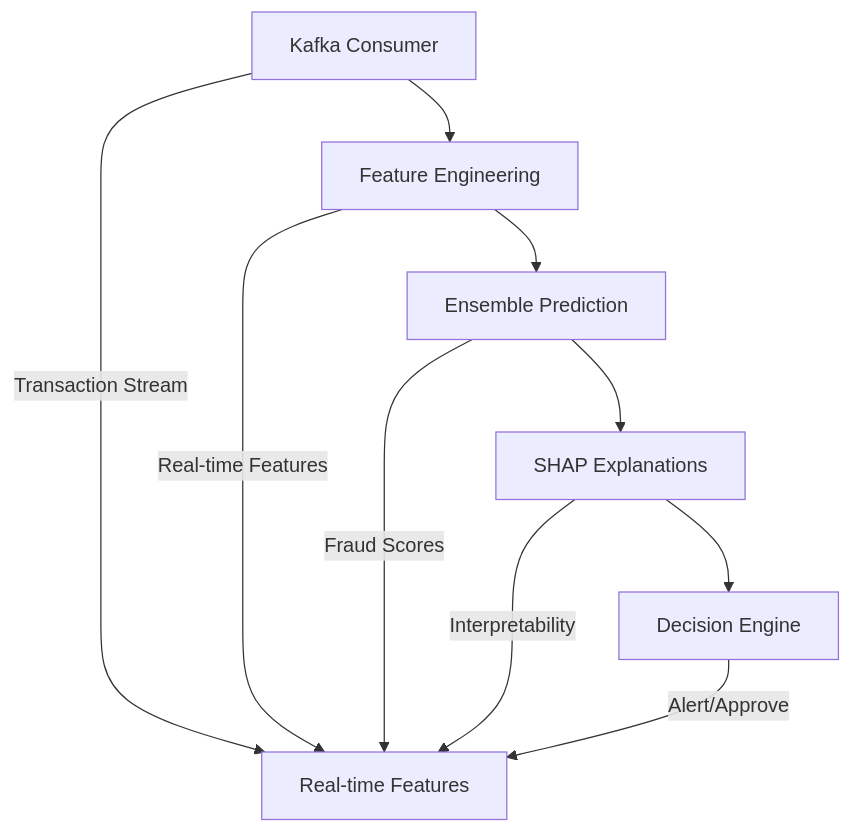
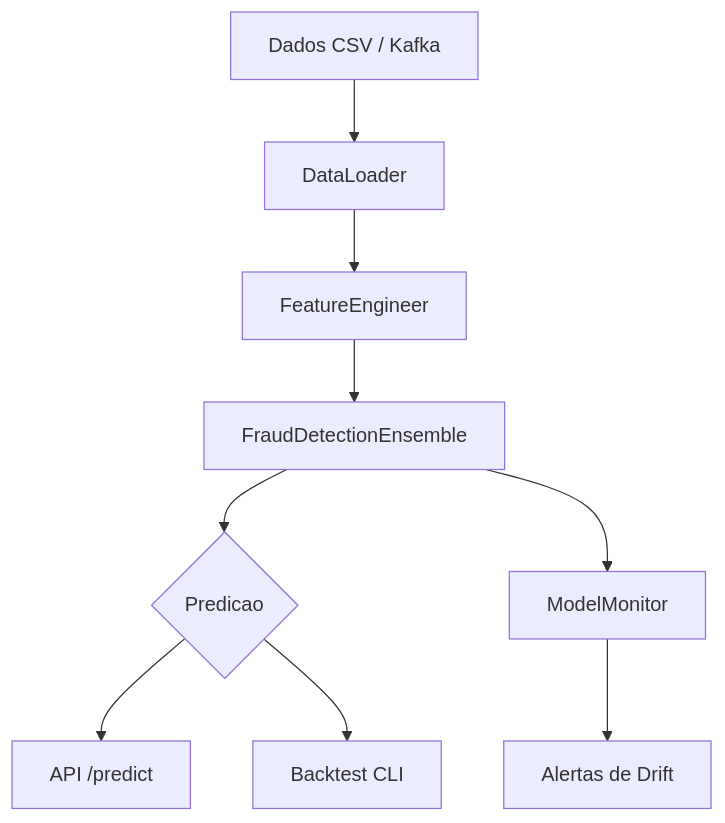
One commit to galafis/ai-financial-fraud-detection changed the diagram in docs/architecture_diagram.md. Above: the diagram before and after it, drawn with Mermaid. The commit also changed 36 other files, not shown here.

````diff
--- a/docs/architecture_diagram.md
+++ b/docs/architecture_diagram.md
@@ -1,12 +1,11 @@
 ```mermaid
 graph TD
-    A[Kafka Consumer] --> B[Feature Engineering]
-    B --> C[Ensemble Prediction]
-    C --> D[SHAP Explanations]
-    D --> E[Decision Engine]
-    A -- Transaction Stream --> F[Real-time Features]
-    B -- Real-time Features --> F
-    C -- Fraud Scores --> F
-    D -- Interpretability --> F
-    E -- Alert/Approve --> F
+    A[Dados CSV / Kafka] --> B[DataLoader]
+    B --> C[FeatureEngineer]
+    C --> D[FraudDetectionEnsemble]
+    D --> E{Predicao}
+    E --> F[API /predict]
+    E --> G[Backtest CLI]
+    D --> H[ModelMonitor]
+    H --> I[Alertas de Drift]
 ```
````
